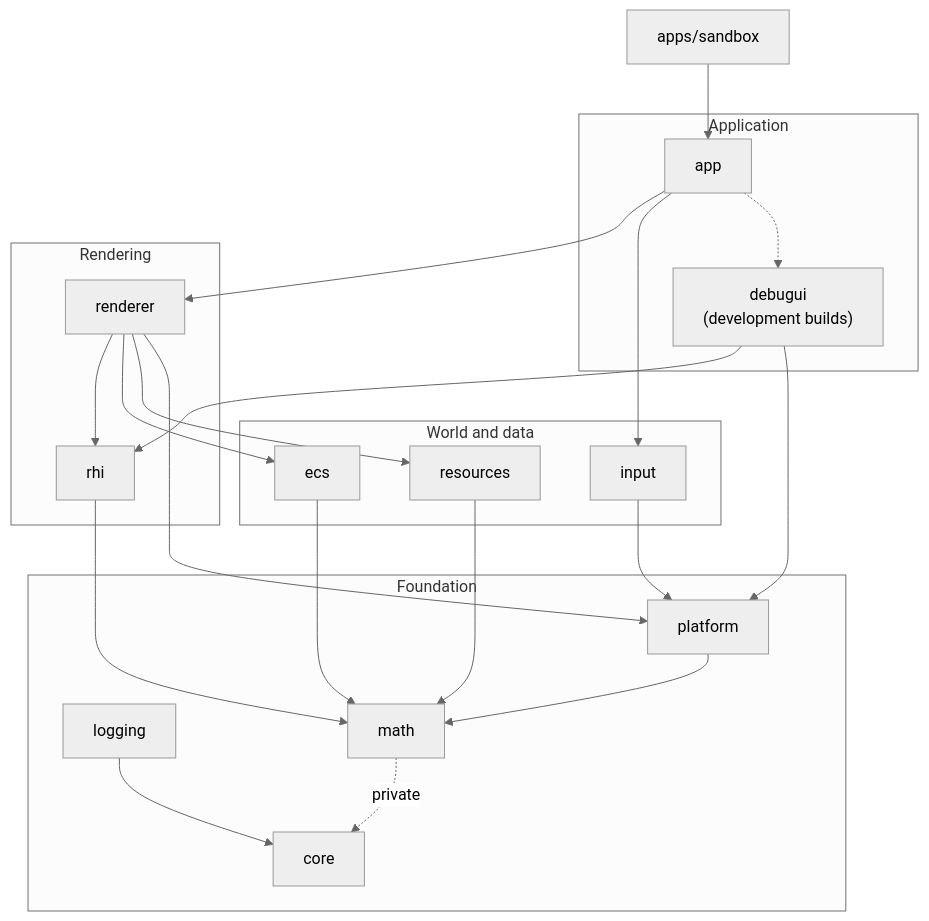
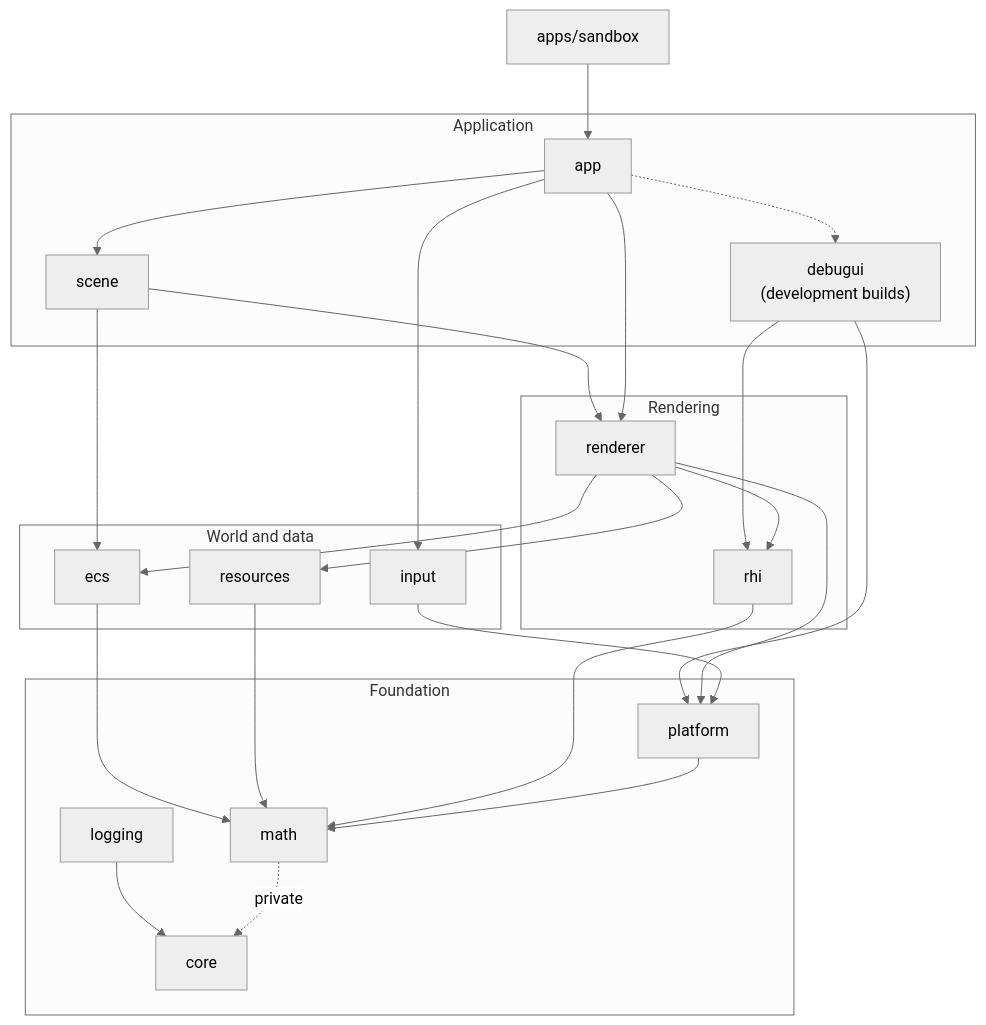
One commit to SBXdev3D/daidalos-engine-next changed the first of 6 diagrams in docs/ARCHITECTURE.md. Above: the diagram before and after it, drawn with Mermaid (neutral theme). The commit also changed other lines of this file and 15 other files, not shown here.

````diff
--- a/docs/ARCHITECTURE.md
+++ b/docs/ARCHITECTURE.md
@@ -9,44 +9,48 @@
 ```mermaid
 flowchart TD
     sandbox["apps/sandbox"] --> app
 
     subgraph application [Application]
         app
+        scene
         debugui["debugui<br/>(development builds)"]
     end
 
     subgraph rendering [Rendering]
         renderer
         rhi
     end
 
     subgraph world [World and data]
         ecs
         resources
         input
     end
 
     subgraph foundation [Foundation]
         platform
         logging
         math
         core
     end
 
+    app --> scene
+    app --> input
+    scene --> renderer
+    scene --> ecs
+    app -.-> debugui
     app --> renderer
-    app --> input
-    app -.-> debugui
     debugui --> rhi
     debugui --> platform
     renderer --> rhi
     renderer --> ecs
     renderer --> resources
     renderer --> platform
     input --> platform
     ecs --> math
     resources --> math
     rhi --> math
     platform --> math
     logging --> core
     math -. private .-> core
 ```
````
